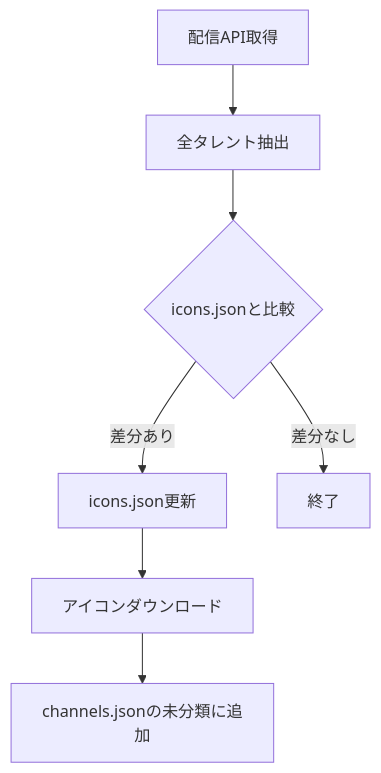
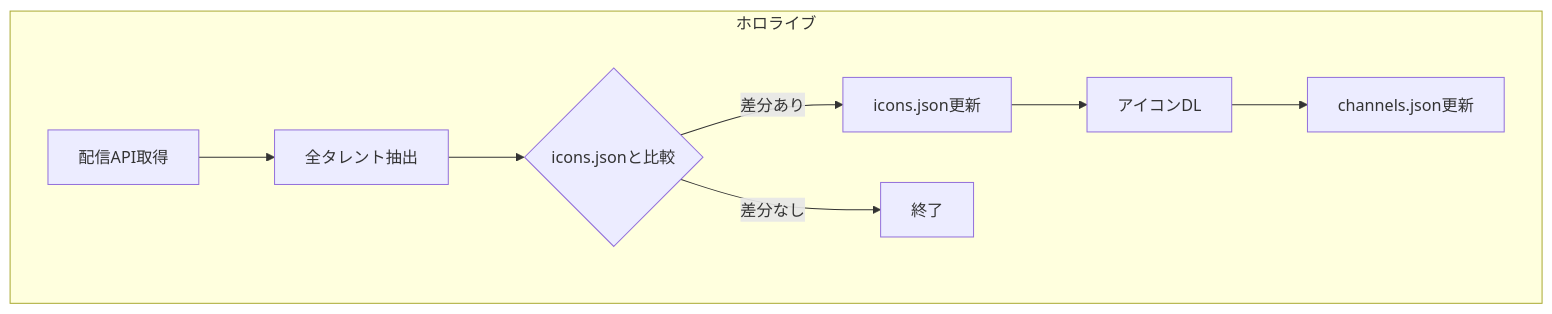
One commit to miyaoka/liver-streams changed the second of 2 diagrams in docs/talent-auto-update.md. Above: the diagram before and after it, drawn with Mermaid. The commit also changed other lines of this file and 5 other files, not shown here.

````diff
--- a/docs/talent-auto-update.md
+++ b/docs/talent-auto-update.md
@@ -63,9 +96,11 @@
 ```mermaid
 flowchart TD
-    A[配信API取得] --> B[全タレント抽出]
-    B --> C{icons.jsonと比較}
-    C -->|差分あり| D[icons.json更新]
-    D --> E[アイコンダウンロード]
-    E --> F[channels.jsonの未分類に追加]
-    C -->|差分なし| G[終了]
+    subgraph ホロライブ
+        H1[配信API取得] --> H2[全タレント抽出]
+        H2 --> H3{icons.jsonと比較}
+        H3 -->|差分あり| H4[icons.json更新]
+        H4 --> H5[アイコンDL]
+        H5 --> H6[channels.json更新]
+        H3 -->|差分なし| H7[終了]
+    end
 ```
````
